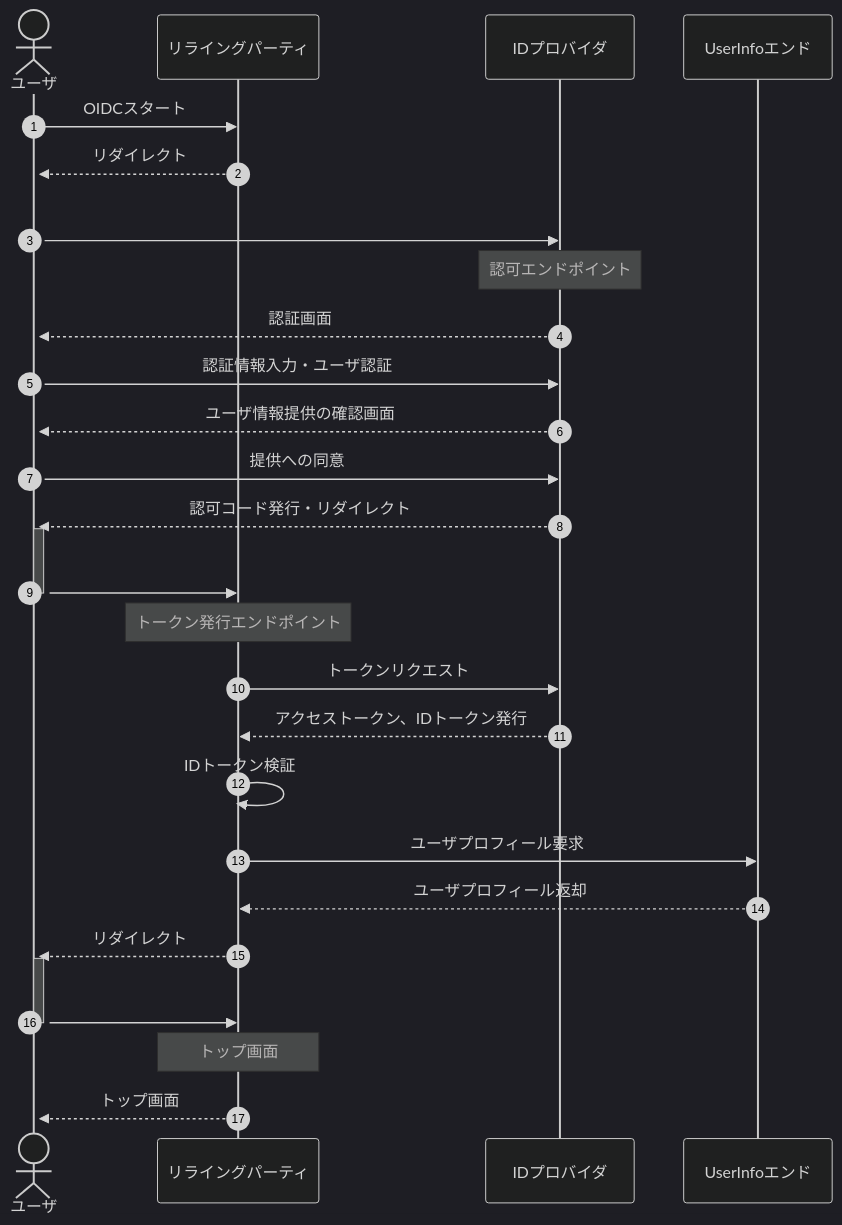
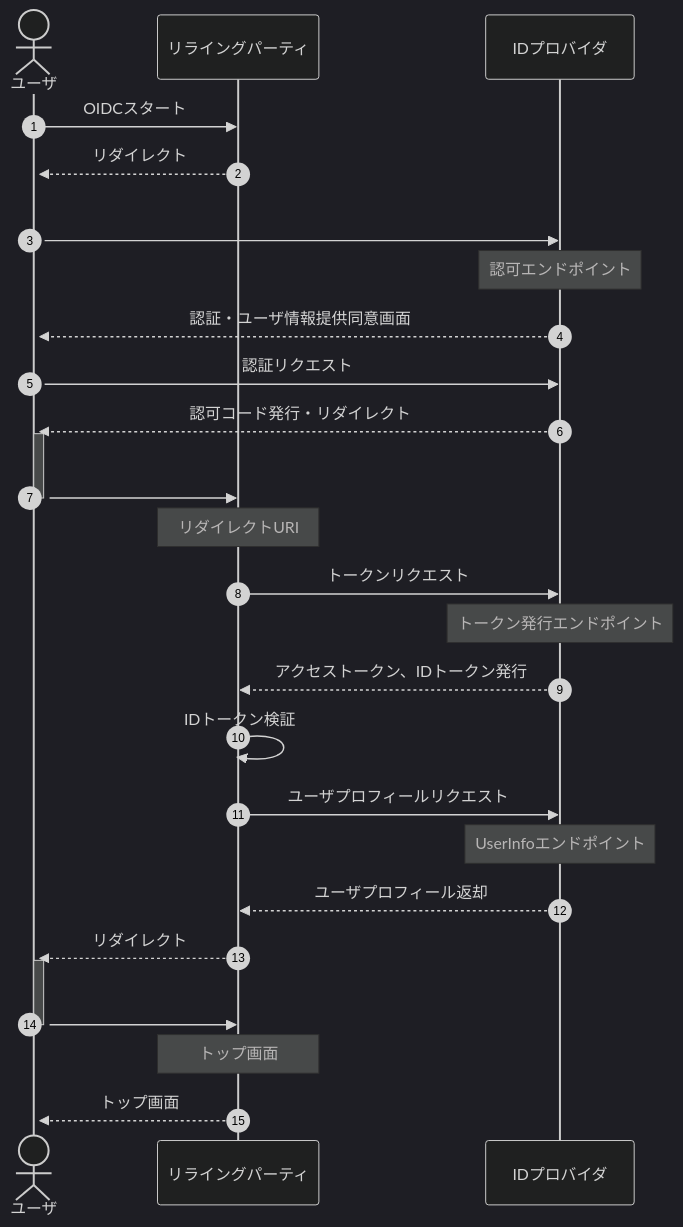
Before and after one commit to nob-islan/nob-openid-connect: the diagram in docs/business-flow.md, drawn with Mermaid. The commit also changed other lines of this file, not shown here.

Commit message:
シーケンスいったんできた

````diff
--- a/docs/business-flow.md
+++ b/docs/business-flow.md
@@ -9,30 +9,29 @@
 ```mermaid
 %%{init:{'theme':'dark'}}%%
 sequenceDiagram
 autonumber
     actor user as ユーザ
     participant relying_party as リライングパーティ
     participant id_provider as IDプロバイダ
-    participant user_info as UserInfoエンド
 
     user->>relying_party: OIDCスタート
     relying_party-->>+user: リダイレクト
     user->>id_provider: <br>
     Note over id_provider: 認可エンドポイント
-    id_provider-->>user: 認証画面
-    user->>id_provider: 認証情報入力・ユーザ認証
-    id_provider-->>user: ユーザ情報提供の確認画面
-    user->>id_provider: 提供への同意
+    id_provider-->>user: 認証・ユーザ情報提供同意画面
+    user->>id_provider: 認証リクエスト
     id_provider-->>+user: 認可コード発行・リダイレクト
     user->>-relying_party: <br>
-    Note over relying_party: トークン発行エンドポイント
+    Note over relying_party: リダイレクトURI
     relying_party->>id_provider: トークンリクエスト
+    Note over id_provider: トークン発行エンドポイント
     id_provider-->>relying_party: アクセストークン、IDトークン発行
     relying_party->>relying_party: IDトークン検証
-    relying_party->>user_info: ユーザプロフィール要求
-    user_info-->>relying_party: ユーザプロフィール返却
+    relying_party->>id_provider: ユーザプロフィールリクエスト
+    Note over id_provider: UserInfoエンドポイント
+    id_provider-->>relying_party: ユーザプロフィール返却
     relying_party-->>+user: リダイレクト
     user->>-relying_party: <br>
     Note over relying_party: トップ画面
     relying_party-->>+user: トップ画面
 ```
````
